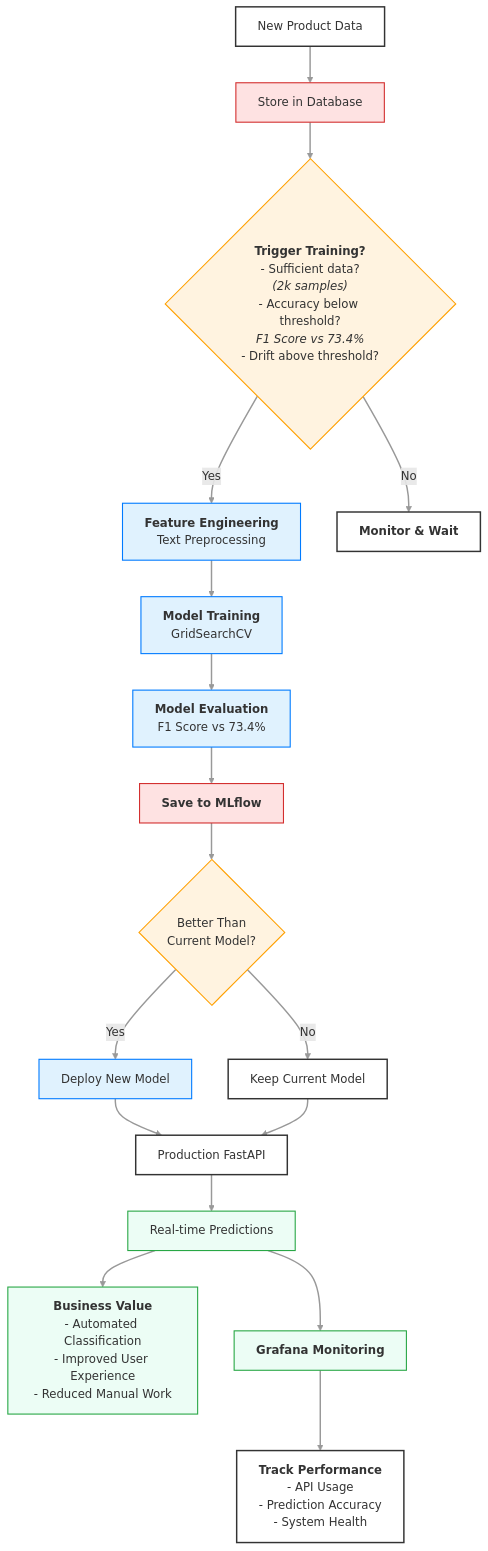
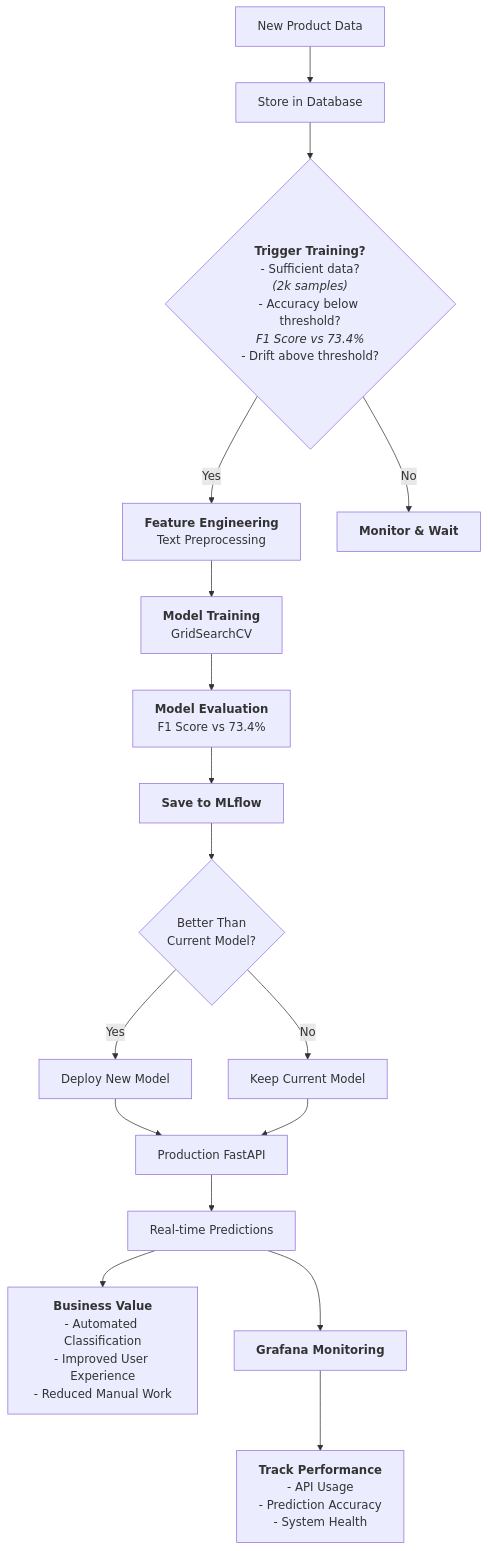
The diagram in containers/rakuten_st/flowcharts/rakuten_mlops_retraining.mermaid (Pockyee/rakuten_project), drawn with Mermaid before and after one commit.

Commit message:
feat: remove Mermaid styling for online debugging

```diff
--- a/containers/rakuten_st/flowcharts/rakuten_mlops_retraining.mermaid
+++ b/containers/rakuten_st/flowcharts/rakuten_mlops_retraining.mermaid
@@ -1,115 +1,95 @@
 graph TD
 
     %% RETRAINING NODES
 
     %% Data Ingestion [DI]
     Start[New Product Data]
     DataStorage[Store in Database]
     
     %% DI EDGE
     Start --> DataStorage
 
     
     %% Immediate Training Decision [ITD]
     TrainingTrigger{"`**Trigger Training?**
     - Sufficient data?
     _(2k samples)_
     - Accuracy below threshold?
     _F1 Score vs 73.4%_
     - Drift above threshold?`"}
 
     FeatureEngineering["`**Feature Engineering**
     Text Preprocessing`"]
 
     WaitingState["`**Monitor & Wait**`"]
 
     %% ITD EDGES
     DataStorage --> TrainingTrigger
     TrainingTrigger -- "Yes" --> FeatureEngineering
     TrainingTrigger -- "No" --> WaitingState
 
 
     %% Model Development Cycle [MDC]
 
     ModelTraining["`**Model Training**
     GridSearchCV`"]
 
     ModelEvaluation["`**Model Evaluation**
     F1 Score vs 73.4%`"]
     
     ModelRegistry["`**Save to MLflow**`"]
 
     %% MDC EDGES
     FeatureEngineering --> ModelTraining
     ModelTraining --> ModelEvaluation
     ModelEvaluation --> ModelRegistry
 
 
     %% Deployment Decision [DD]
     
     DeploymentDecision{"Better Than
     Current Model?"}
     
     ModelDeployment["Deploy New Model"]
     
     KeepCurrent["Keep Current Model"]
 
     %% DD EDGES
     ModelRegistry --> DeploymentDecision
     DeploymentDecision -- "Yes" --> ModelDeployment
     DeploymentDecision -- "No" --> KeepCurrent
 
 
     %% REAL-TIME SERVING [RTS]
     ProductionAPI["Production FastAPI"]
     RealTimePredictions["Real-time Predictions"]
 
     %% RTS EDGES
     ModelDeployment --> ProductionAPI
     KeepCurrent --> ProductionAPI
     ProductionAPI --> RealTimePredictions
 
 
     %% Business Value [BV]
     BusinessValue["`**Business Value**
     - Automated Classification
     - Improved User Experience
     - Reduced Manual Work`"]
     
     %% BV EDGE
     RealTimePredictions --> BusinessValue
 
 
     %% Monitoring and Triggering [MaT]
 
     MonitoringDashboard["`**Grafana Monitoring**`"]
 
     PerformanceMetrics["`**Track Performance**
     - API Usage
     - Prediction Accuracy
     - System Health`"]
 
 
     %% MaT EDGES
     RealTimePredictions --> MonitoringDashboard
     MonitoringDashboard --> PerformanceMetrics
-
-
-    %% STYLING
-    %% Apply default styles to ALL nodes
-    classDef default fill:#FFF,stroke:#333,stroke-width:2px;
-
-    %% Apply default styles to ALL edges
-    linkStyle default stroke:#999,stroke-width:2px,fill:none;
-
-    %% Node-specific styling
-    classDef process fill:#E0F2FE,stroke:#007BFF,stroke-width:1.5px;
-    classDef decision fill:#FFF3E0,stroke:#FFA000,stroke-width:1.5px;
-    classDef storage fill:#FEE2E2,stroke:#D32F2F,stroke-width:1.5px;
-    classDef value fill:#ECFDF5,stroke:#28A745,stroke-width:1.5px;
-
-    %% Applying classes to specific nodes (grouping for readability)
-    class FeatureEngineering,ModelTraining,ModelEvaluation,ModelDeployment process;
-    class TrainingTrigger,DeploymentDecision decision;
-    class DataStorage,ModelRegistry storage;
-    class BusinessValue,RealTimePredictions,MonitoringDashboard value; 
```
